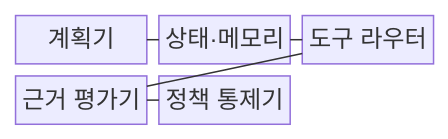
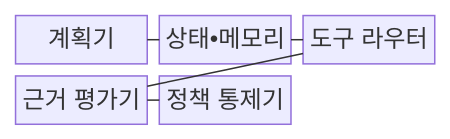
One commit to agnusdei1207/knowledge-base changed the first of 2 diagrams in src/content/docs/notes/08-latest-tech/071_agentic_rag.md. Above: the diagram before and after it, drawn with Mermaid. The commit also changed other lines of this file and 953 other files, not shown here.

````diff
--- a/src/content/docs/notes/08-latest-tech/071_agentic_rag.md
+++ b/src/content/docs/notes/08-latest-tech/071_agentic_rag.md
@@ -66,13 +66,13 @@
 ```mermaid
 block-beta
   columns 3
   planner["계획기"]
-  memory["상태·메모리"]
+  memory["상태•메모리"]
   router["도구 라우터"]
   evaluator["근거 평가기"]
   policy["정책 통제기"]
   planner --- memory
   memory --- router
   router --- evaluator
   evaluator --- policy
 ```
````
